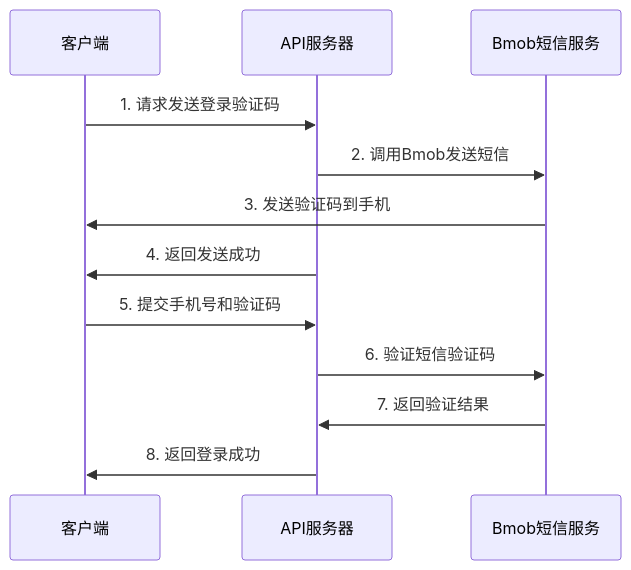
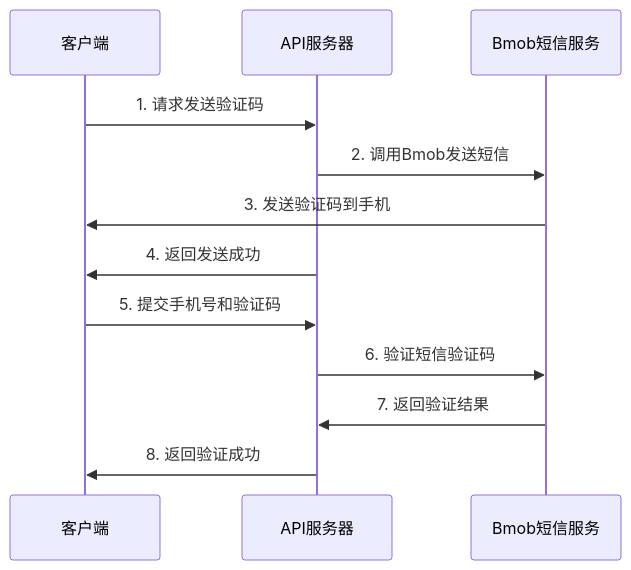
Before and after one commit to DIABLOSER/SuperSpeedCalc-Server: the diagram in docs/sms_api.md, drawn with Mermaid. The commit also changed other lines of this file and 11 other files, not shown here.

````diff
--- a/docs/sms_api.md
+++ b/docs/sms_api.md
@@ -151,16 +83,16 @@
 ```mermaid
 sequenceDiagram
     participant Client as 客户端
     participant API as API服务器
     participant Bmob as Bmob短信服务
 
-    Client->>API: 1. 请求发送登录验证码
+    Client->>API: 1. 请求发送验证码
     API->>Bmob: 2. 调用Bmob发送短信
     Bmob->>Client: 3. 发送验证码到手机
     API->>Client: 4. 返回发送成功
 
     Client->>API: 5. 提交手机号和验证码
     API->>Bmob: 6. 验证短信验证码
     Bmob->>API: 7. 返回验证结果
-    API->>Client: 8. 返回登录成功
+    API->>Client: 8. 返回验证成功
 ```
````
